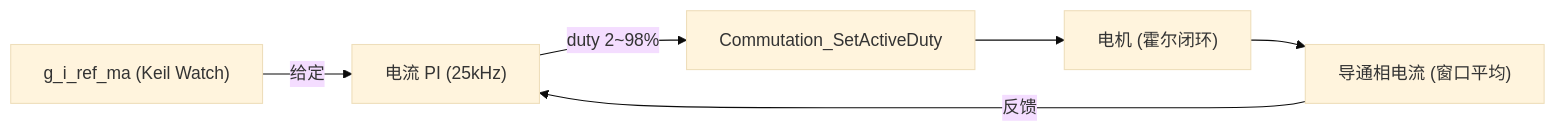
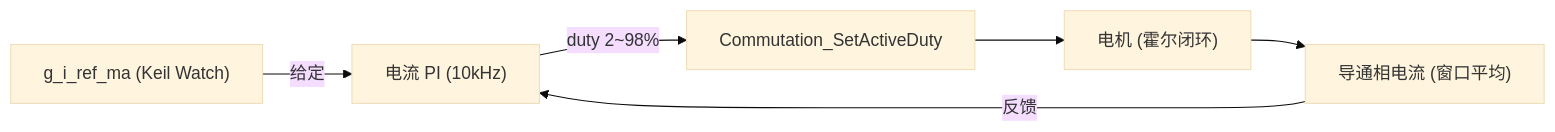
Before and after one commit to HCHCHC99/WS_L: the second of 2 diagrams in ws_L_v.1.0.2/PI电流环.md, drawn with Mermaid (base theme). The commit also changed other lines of this file and 6 other files, not shown here.

````diff
--- a/ws_L_v.1.0.2/PI电流环.md
+++ b/ws_L_v.1.0.2/PI电流环.md
@@ -157,8 +157,8 @@
 ```mermaid
 flowchart LR
-    REF["g_i_ref_ma (Keil Watch)"] -->|给定| PI["电流 PI (25kHz)"]
+    REF["g_i_ref_ma (Keil Watch)"] -->|给定| PI["电流 PI (10kHz)"]
     FB["导通相电流 (窗口平均)"] -->|反馈| PI
     PI -->|duty 2~98%| DUTY["Commutation_SetActiveDuty"]
     DUTY --> M["电机 (霍尔闭环)"]
     M --> FB
 ```
````
